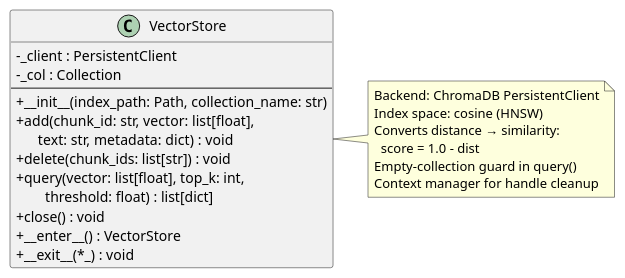
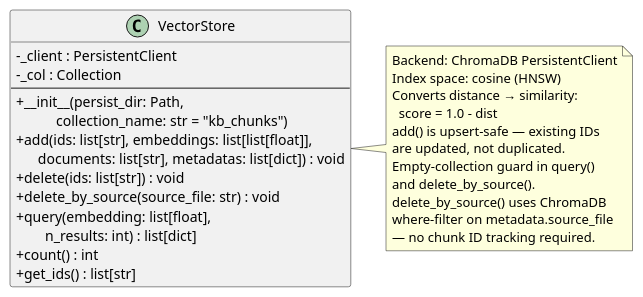
One commit to mailtocsprasad/ai-kb-quiz changed the diagram in docs/specs/modules/engine-store.puml. Above: the diagram before and after it, drawn with PlantUML. The commit also changed 47 other files, not shown here.

```diff
--- a/docs/specs/modules/engine-store.puml
+++ b/docs/specs/modules/engine-store.puml
@@ -1,26 +1,31 @@
 @startuml engine-store
 skinparam classAttributeIconSize 0
 
 class VectorStore {
   - _client : PersistentClient
   - _col : Collection
   --
-  + __init__(index_path: Path, collection_name: str)
-  + add(chunk_id: str, vector: list[float],\n      text: str, metadata: dict) : void
-  + delete(chunk_ids: list[str]) : void
-  + query(vector: list[float], top_k: int,\n        threshold: float) : list[dict]
-  + close() : void
-  + __enter__() : VectorStore
-  + __exit__(*_) : void
+  + __init__(persist_dir: Path,\n           collection_name: str = "kb_chunks")
+  + add(ids: list[str], embeddings: list[list[float]],\n      documents: list[str], metadatas: list[dict]) : void
+  + delete(ids: list[str]) : void
+  + delete_by_source(source_file: str) : void
+  + query(embedding: list[float],\n        n_results: int) : list[dict]
+  + count() : int
+  + get_ids() : list[str]
 }
 
 note right of VectorStore
   Backend: ChromaDB PersistentClient
   Index space: cosine (HNSW)
   Converts distance → similarity:
     score = 1.0 - dist
+  add() is upsert-safe — existing IDs
+  are updated, not duplicated.
   Empty-collection guard in query()
-  Context manager for handle cleanup
+  and delete_by_source().
+  delete_by_source() uses ChromaDB
+  where-filter on metadata.source_file
+  — no chunk ID tracking required.
 end note
 
 @enduml
```
